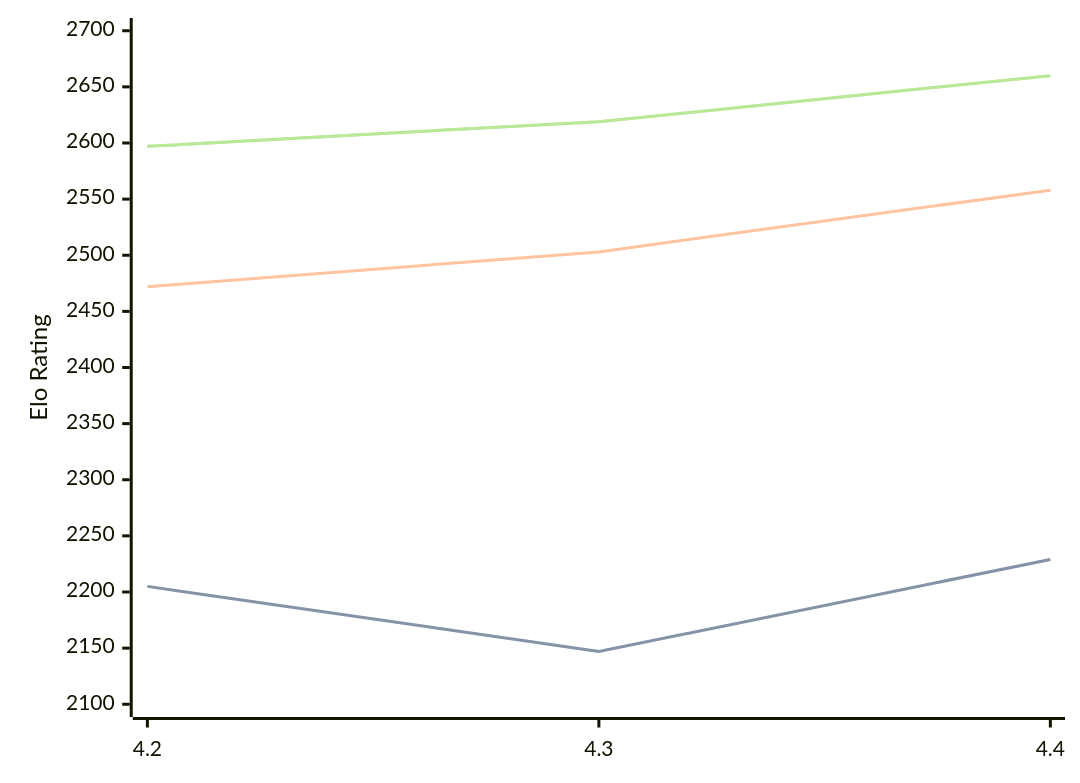
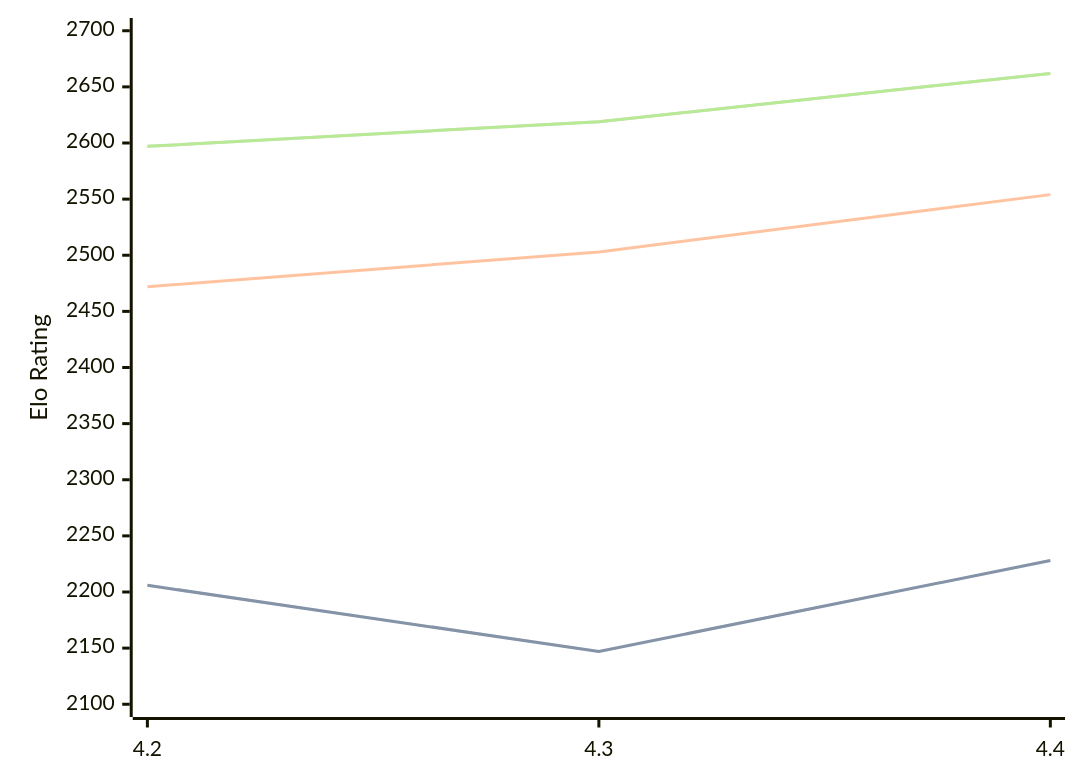
One commit to computer-chess-index/cci changed the diagram in engines/Eubos.md. Above: the diagram before and after it, drawn with Mermaid. The commit also changed other lines of this file, not shown here.

Commit message:
Update CCI Ratings (ELO VLTC) - 2026-05-12

````diff
--- a/engines/Eubos.md
+++ b/engines/Eubos.md
@@ -89,11 +89,11 @@
 ```mermaid
 %%{init: {"theme":"base","themeVariables":{"seriesColors:['#a3a3a3','#222221','#faa371']}}}%%
 xychart-beta
   x-axis ["4.2", "4.3", "4.4"]
   y-axis "Elo Rating" 2100 --> 2700
-  line "STC (8.0+0.08s)" [2205, 2147, 2229]
-  line "STC (8.0+0.08s)" [2205, 2147, 2229]
-  line "LTC (60.0+0.60s)" [2472, 2503, 2558]
-  line "VLTC (2m24s+1.12s)" [2597, 2619, 2660]
-  line "VLTC (2m24s+1.12s)" [2597, 2619, 2660]
+  line "STC (8.0+0.08s)" [2206, 2147, 2228]
+  line "STC (8.0+0.08s)" [2206, 2147, 2228]
+  line "LTC (60.0+0.60s)" [2472, 2503, 2554]
+  line "VLTC (2m24s+1.12s)" [2597, 2619, 2662]
+  line "VLTC (2m24s+1.12s)" [2597, 2619, 2662]
 ```
````
